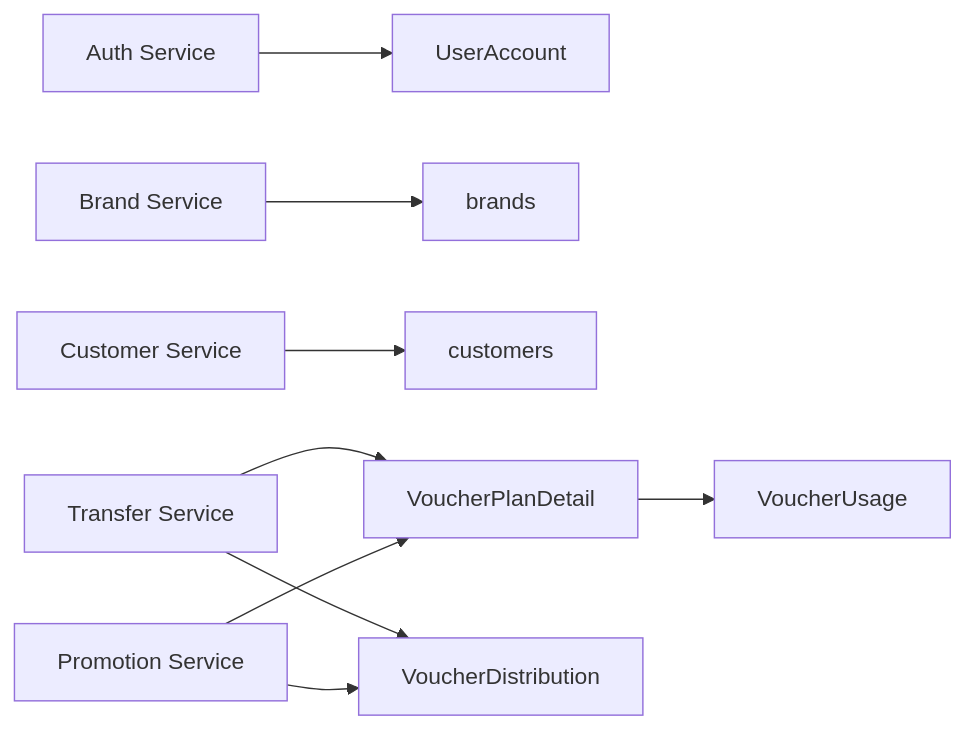
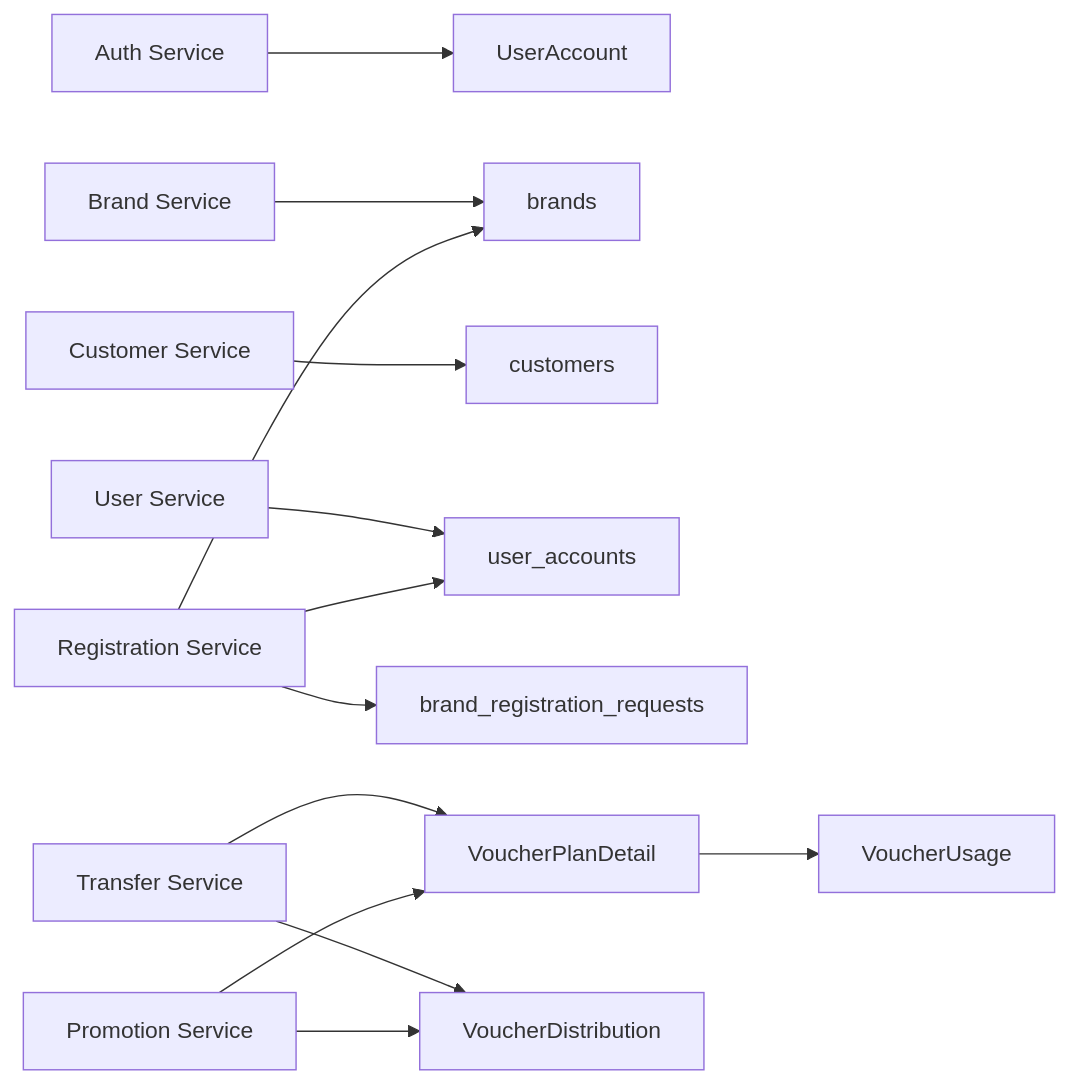
Before and after one commit to lamhongbac/NonCash: diagram 11 of 11 in .qoder/repowiki/en/content/Business Logic and Workflows/Customer and Business Management.md, drawn with Mermaid. The commit also changed other lines of this file and 13 other files, not shown here.

````diff
--- a/.qoder/repowiki/en/content/Business Logic and Workflows/Customer and Business Management.md
+++ b/.qoder/repowiki/en/content/Business Logic and Workflows/Customer and Business Management.md
@@ -331,11 +513,15 @@
 ```mermaid
 graph LR
 AUTH["Auth Service"] --> USER["UserAccount"]
 BRAND["Brand Service"] --> BRAND_TBL["brands"]
 CUSTOMER["Customer Service"] --> CUSTOMER_TBL["customers"]
+USER_SERVICE["User Service"] --> USER_TBL["user_accounts"]
+REG_SERVICE["Registration Service"] --> REG_REQUEST_TBL["brand_registration_requests"]
+REG_SERVICE --> BRAND_TBL
+REG_SERVICE --> USER_TBL
 TRANSFER["Transfer Service"] --> DETAIL["VoucherPlanDetail"]
 TRANSFER --> DIST["VoucherDistribution"]
 PROMO["Promotion Service"] --> DETAIL
 PROMO --> DIST
 DETAIL --> USAGE["VoucherUsage"]
 ```
````
